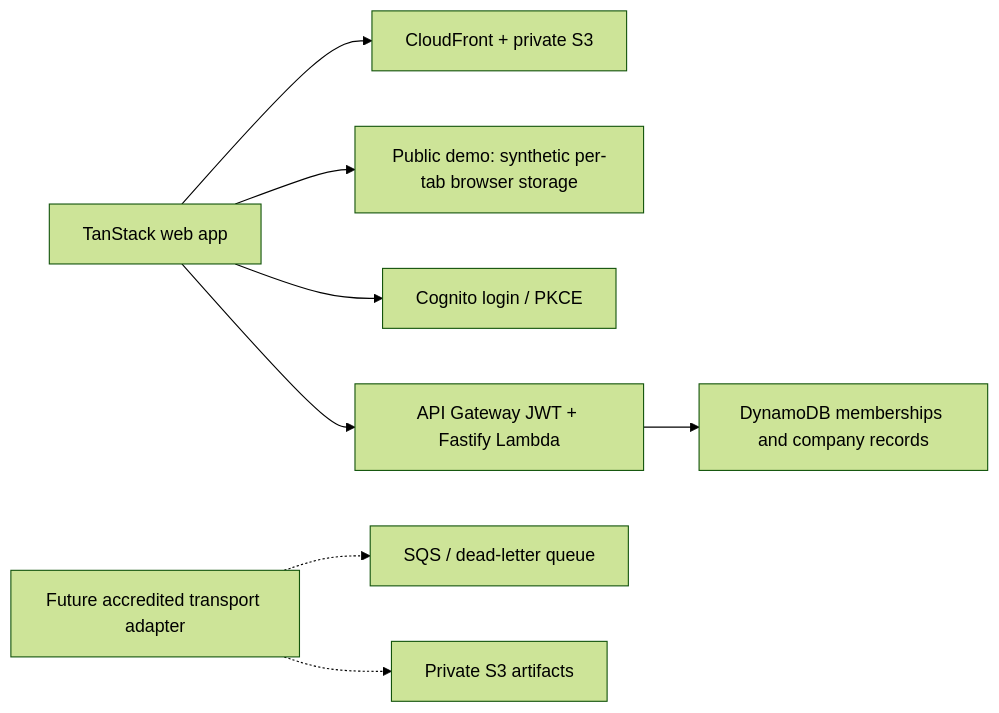
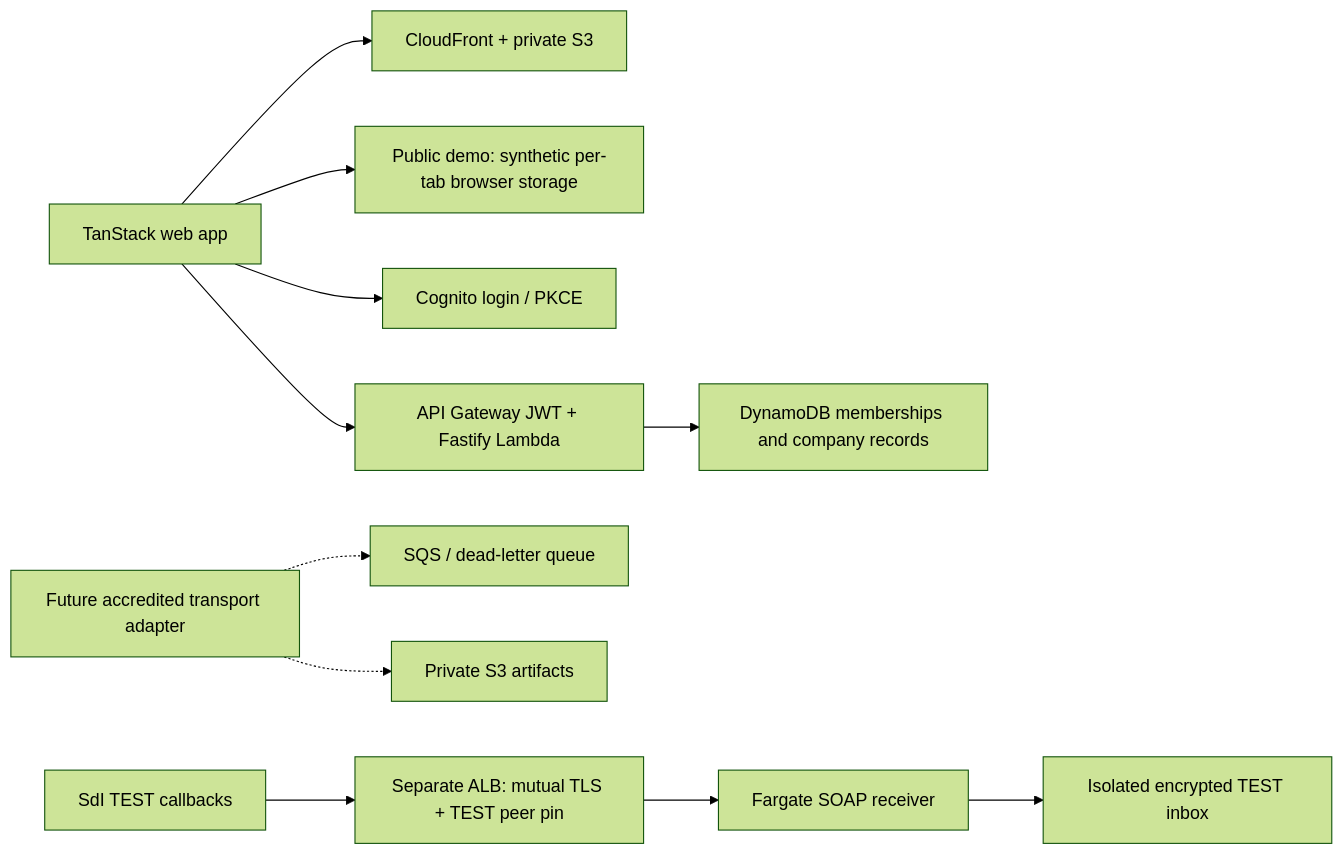
One commit to mlenarciak/openfatture changed the diagram in README.md. Above: the diagram before and after it, drawn with Mermaid (forest theme). The commit also changed other lines of this file and 53 other files, not shown here.

````diff
--- a/README.md
+++ b/README.md
@@ -57,10 +57,13 @@
 ```mermaid
 flowchart LR
   Browser["TanStack web app"] --> CF["CloudFront + private S3"]
   Browser --> Demo["Public demo: synthetic per-tab browser storage"]
   Browser --> Auth["Cognito login / PKCE"]
   Browser --> API["API Gateway JWT + Fastify Lambda"]
   API --> Membership["DynamoDB memberships and company records"]
   Future["Future accredited transport adapter"] -.-> Queue["SQS / dead-letter queue"]
   Future -.-> Files["Private S3 artifacts"]
+  SdITest["SdI TEST callbacks"] --> ALB["Separate ALB: mutual TLS + TEST peer pin"]
+  ALB --> Receiver["Fargate SOAP receiver"]
+  Receiver --> Inbox["Isolated encrypted TEST inbox"]
 ```
````
